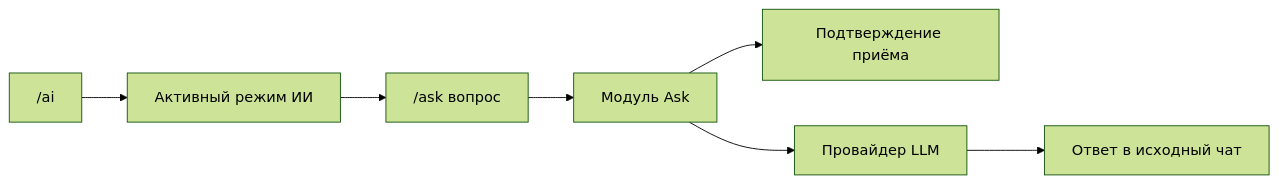
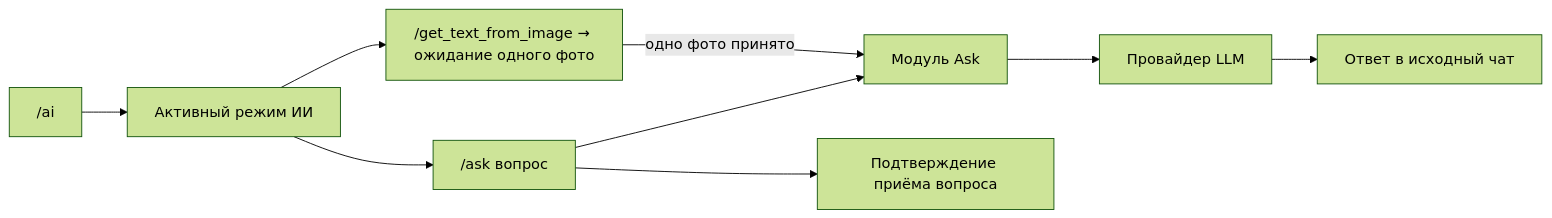
Before and after one commit to karateka-git/compadre-assistant: the second of 3 diagrams in README.md, drawn with Mermaid (forest theme). The commit also changed other lines of this file and 15 other files, not shown here.

````diff
--- a/README.md
+++ b/README.md
@@ -64,9 +65,11 @@
 ```mermaid
 flowchart LR
     Enter["/ai"] --> Mode[Активный режим ИИ]
     Mode --> Question["/ask вопрос"]
+    Mode --> Photo["/get_text_from_image → ожидание одного фото"]
     Question --> Ask[Модуль Ask]
-    Ask --> Ack[Подтверждение приёма]
+    Question --> Ack[Подтверждение приёма вопроса]
+    Photo -->|одно фото принято| Ask
     Ask --> LLM[Провайдер LLM]
     LLM --> Answer[Ответ в исходный чат]
 ```
````
